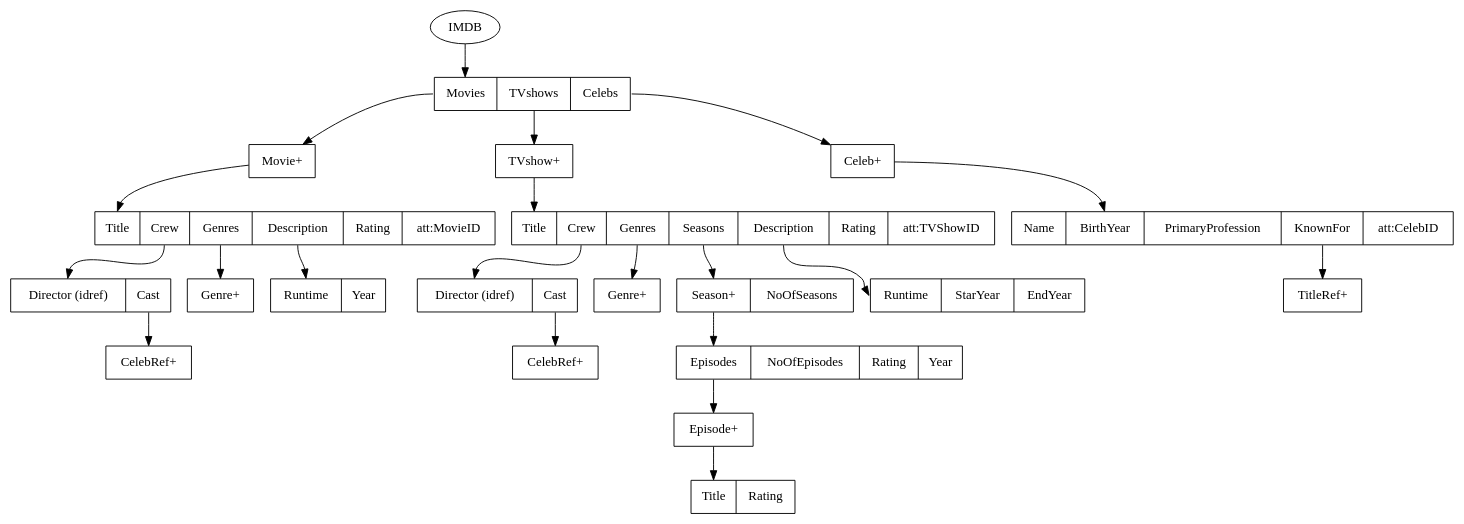
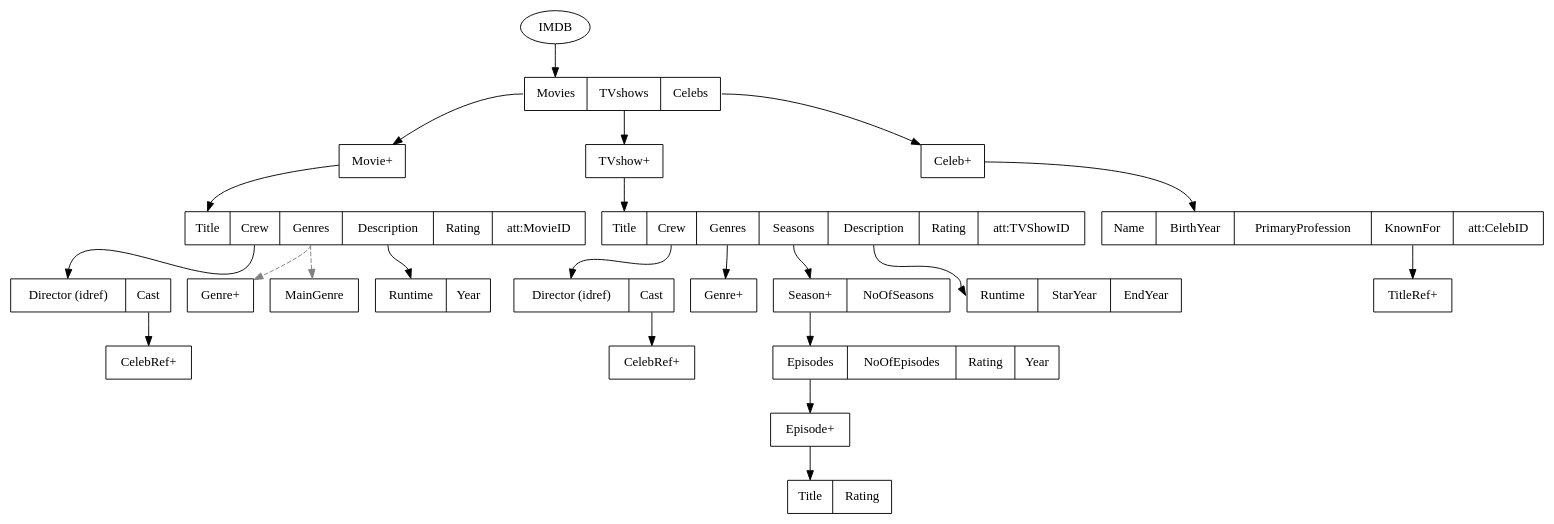
The diagram in imdb.dot (akhiln28/ontology_assignment1), drawn with Graphviz before and after one commit. The commit also changed 2 other files, not shown here.

```diff
--- a/imdb.dot
+++ b/imdb.dot
@@ -1,68 +1,71 @@
 digraph g{
     IMDB[label="IMDB"]
     IMDB_table[label = "<f0>Movies|<f1>TVshows| <f2> Celebs" shape = "record"]
     IMDB->IMDB_table:f0
 
     Movies_table[label = "Movie+" shape = "record"]
     IMDB_table:f0->Movies_table
 
     Movie_table[label = "<f0> Title| <f1>Crew| <f2> Genres| <f3> Description| <f4> Rating| <f5> att:MovieID" shape = "record"]
     Movies_table->Movie_table:f0
 
     Crew_table[label="<f0> Director (idref)| <f1> Cast" shape = "record"]
     Movie_table:f1->Crew_table:f0
 
     Cast_table[label="CelebRef+" shape = "record"]
     Crew_table:f1->Cast_table
 
     Genres_table[label = "Genre+" shape = "record"]
-    Movie_table:f2->Genres_table
+    Movie_table:f2->Genres_table[style = dashed color = "grey"]
+
+    MainGenre[label = "MainGenre" shape = "record"]
+    Movie_table:f2->MainGenre[style = dashed color = "grey"]
 
     Description_table[label = "<f0> Runtime| <f1> Year" shape = "record"]
     Movie_table:f3->Description_table:f0
 
     // Sequels_table[label="Sequel+" shape = "record"]
     // Movie_table:f5->Sequels_table
 
     // Prequels_table[label = "Prequel+" shape = "record"]
     // Movie_table:f6->Prequels_table
 
     TVshows_table[label = "TVshow+" shape = "record"]
     IMDB_table:f1->TVshows_table
 
     TVshow_table[label = "<f0> Title| <f1> Crew| <f2> Genres| <f3> Seasons| <f4> Description| <f5> Rating| <f6> att:TVShowID" shape = "record"]
     TVshows_table->TVshow_table:f0
 
     Crew_table2[label = "<f0> Director (idref)| <f1> Cast" shape = "record"]
     TVshow_table:f1->Crew_table2:f0
 
     Cast_table2[label="CelebRef+" shape = "record"]
     Crew_table2:f1->Cast_table2
 
     Genres_table2[label = "Genre+" shape = "record"]
     TVshow_table:f2->Genres_table2
 
     Seasons_table[label = "<f0> Season+| <f1> NoOfSeasons" shape = "record"]    
     TVshow_table:f3->Seasons_table:f0
 
     Season_table[label = "<f0> Episodes| <f1> NoOfEpisodes| <f2> Rating| <f3> Year" shape = "record"]
     Seasons_table:f0->Season_table:f0
 
     Episodes_table[label = "Episode+" shape = "record"]
     Season_table:f0->Episodes_table
     
     Episode_table[label = "<f0> Title| <f1> Rating" shape = "record"]
     Episodes_table->Episode_table:f0
 
     Description_table2[label = "<f0> Runtime| <f1> StarYear| <f2> EndYear" shape = "record"]
     TVshow_table:f4->Description_table2:f0
 
     Actors_table[label = "Celeb+" shape = "record"]
     IMDB_table:f2->Actors_table
 
     Actor_table[label="<f0> Name| <f1> BirthYear| <f2> PrimaryProfession| <f3> KnownFor| att:CelebID" shape = "record"]
     Actors_table->Actor_table:f1
 
     KnownFor_table[label = "<f0> TitleRef+" shape = "record"]
     Actor_table:f3->KnownFor_table:f0
 }
```
